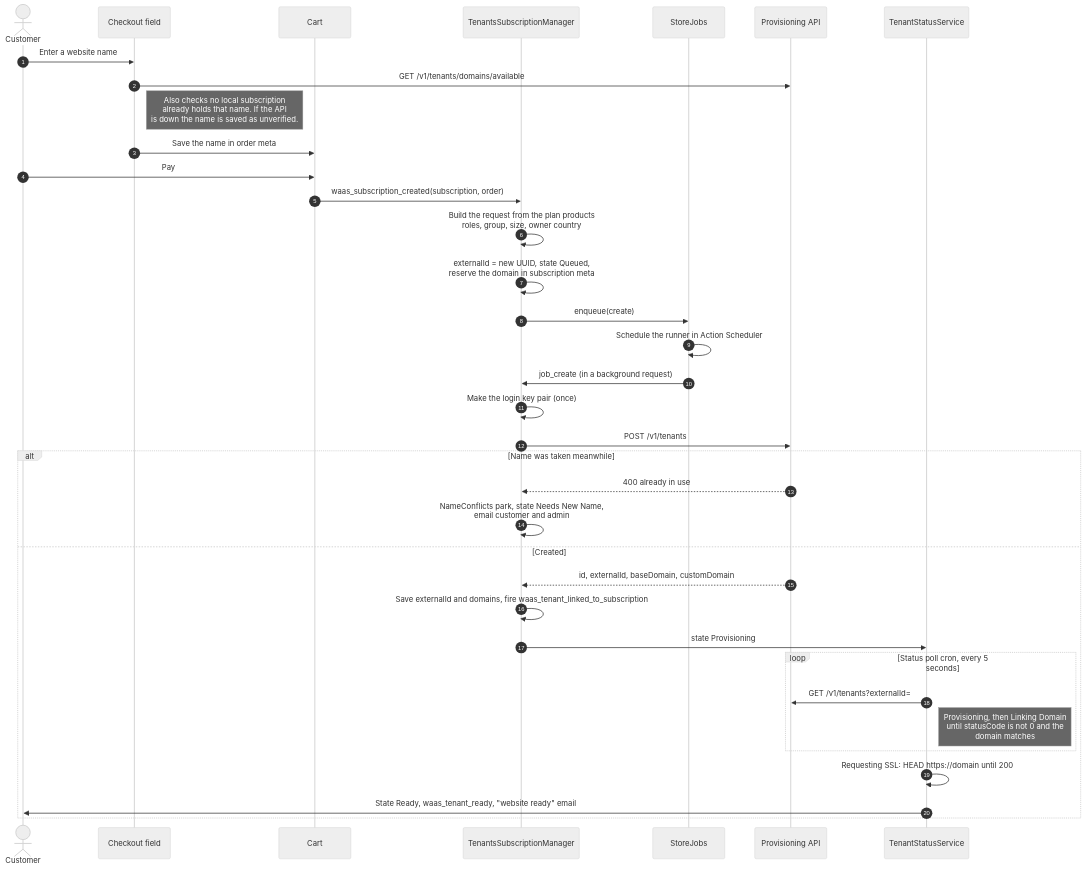
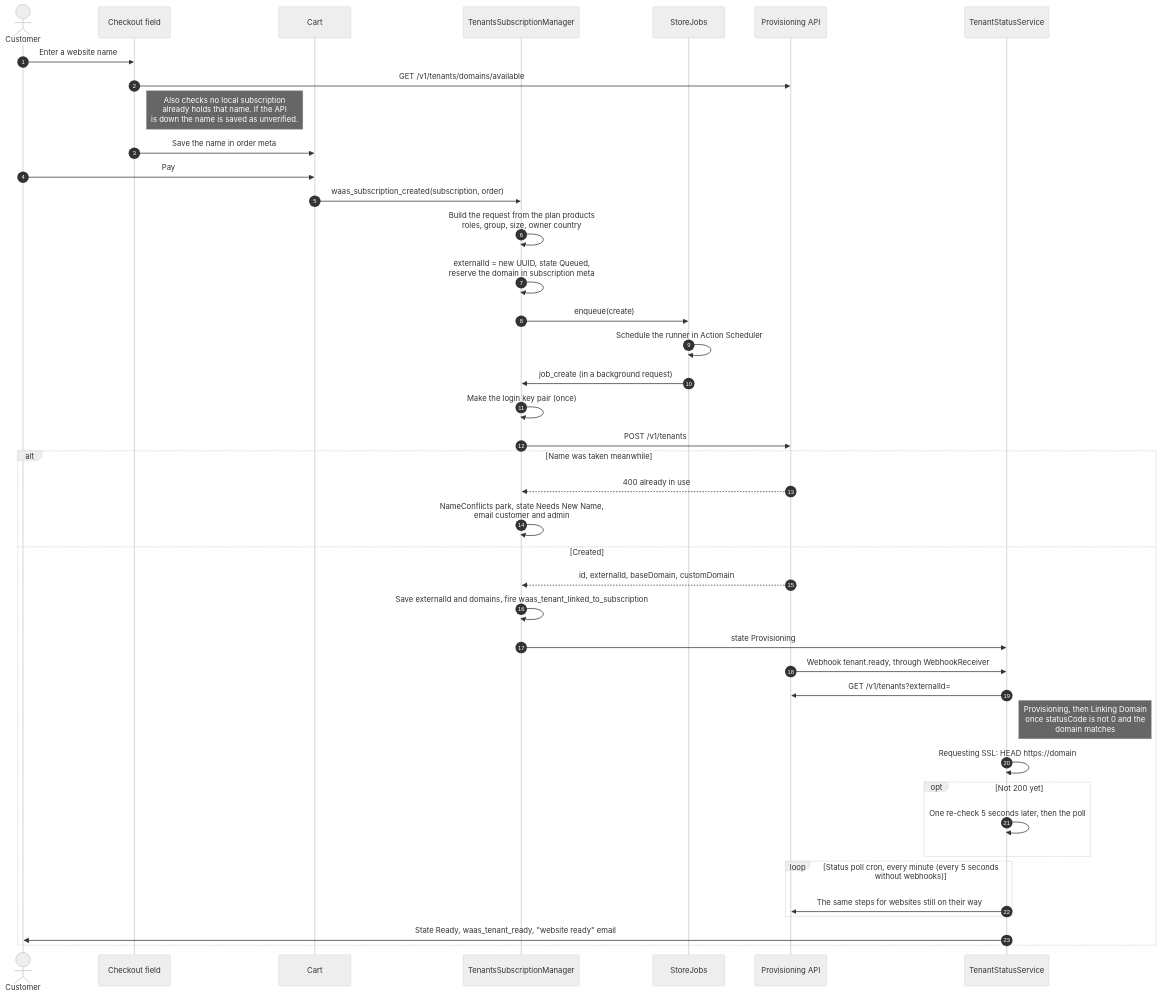
The third of 7 diagrams in docs/architecture/waas-host.md (otaku-solutions/anypress-plugins), drawn with Mermaid (neutral theme) before and after one commit. The commit also changed other lines of this file and 16 other files, not shown here.

First line of the commit message:
WaaS Host: receive the API's webhooks instead of fast polling (waas-348) (#70)

````diff
--- a/docs/architecture/waas-host.md
+++ b/docs/architecture/waas-host.md
@@ -143,39 +148,44 @@
 ```mermaid
 sequenceDiagram
   autonumber
   actor C as Customer
   participant CK as Checkout field
   participant CART as Cart
   participant TSM as TenantsSubscriptionManager
   participant JOBS as StoreJobs
   participant API as Provisioning API
   participant TSS as TenantStatusService
 
   C->>CK: Enter a website name
   CK->>API: GET /v1/tenants/domains/available
   Note right of CK: Also checks no local subscription<br/>already holds that name. If the API<br/>is down the name is saved as unverified.
   CK->>CART: Save the name in order meta
   C->>CART: Pay
   CART->>TSM: waas_subscription_created(subscription, order)
   TSM->>TSM: Build the request from the plan products<br/>roles, group, size, owner country
   TSM->>TSM: externalId = new UUID, state Queued,<br/>reserve the domain in subscription meta
   TSM->>JOBS: enqueue(create)
   JOBS->>JOBS: Schedule the runner in Action Scheduler
   JOBS->>TSM: job_create (in a background request)
   TSM->>TSM: Make the login key pair (once)
   TSM->>API: POST /v1/tenants
   alt Name was taken meanwhile
     API-->>TSM: 400 already in use
     TSM->>TSM: NameConflicts park, state Needs New Name,<br/>email customer and admin
   else Created
     API-->>TSM: id, externalId, baseDomain, customDomain
     TSM->>TSM: Save externalId and domains, fire waas_tenant_linked_to_subscription
     TSM->>TSS: state Provisioning
-    loop Status poll cron, every 5 seconds
-      TSS->>API: GET /v1/tenants?externalId=
-      Note right of TSS: Provisioning, then Linking Domain<br/>until statusCode is not 0 and the<br/>domain matches
+    API->>TSS: Webhook tenant.ready, through WebhookReceiver
+    TSS->>API: GET /v1/tenants?externalId=
+    Note right of TSS: Provisioning, then Linking Domain<br/>once statusCode is not 0 and the<br/>domain matches
+    TSS->>TSS: Requesting SSL: HEAD https://domain
+    opt Not 200 yet
+      TSS->>TSS: One re-check 5 seconds later, then the poll
     end
-    TSS->>TSS: Requesting SSL: HEAD https://domain until 200
+    loop Status poll cron, every minute (every 5 seconds without webhooks)
+      TSS->>API: The same steps for websites still on their way
+    end
     TSS->>C: State Ready, waas_tenant_ready, "website ready" email
   end
 ```
````
